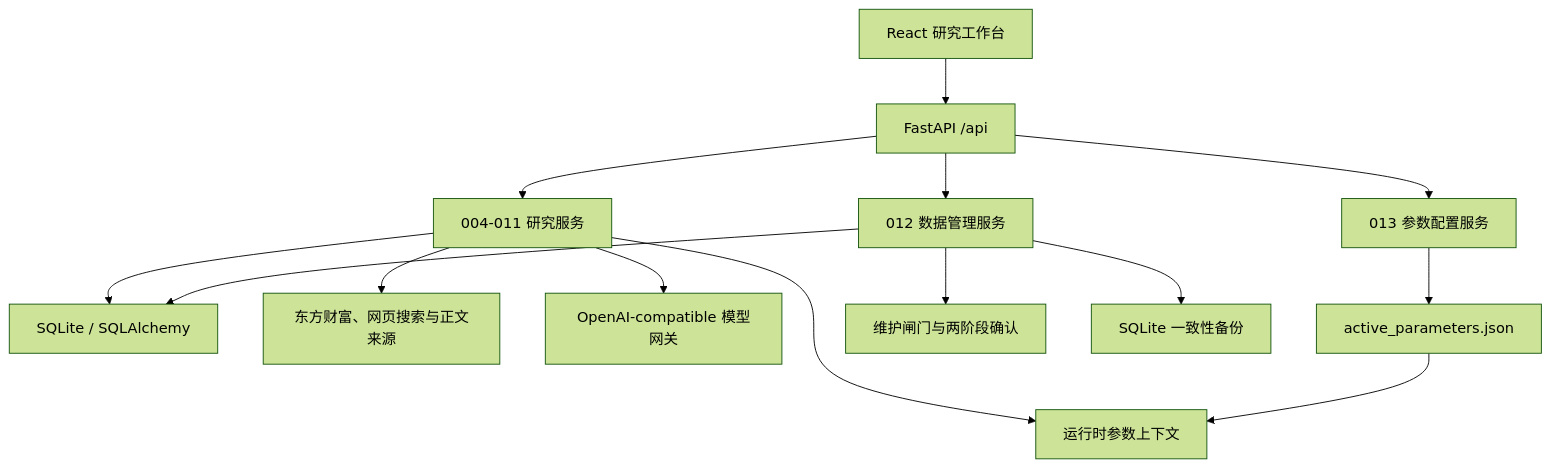
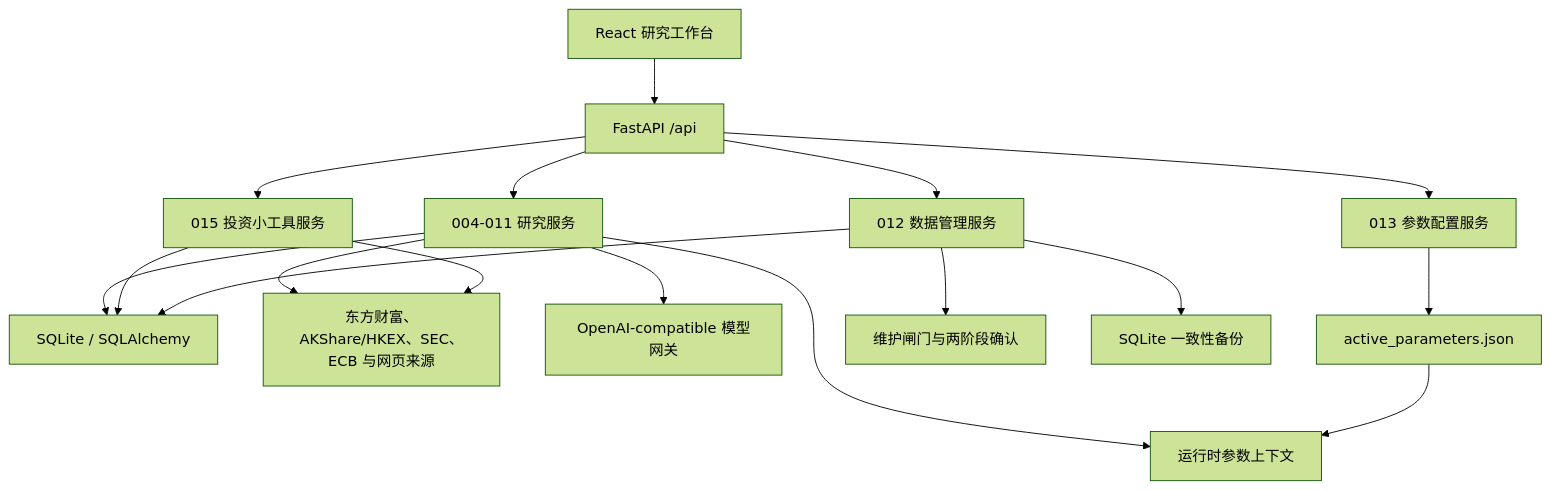
Before and after one commit to lzccc666/Value_Investment: the first of 2 diagrams in memory/001_价值投资分析师系统架构.md, drawn with Mermaid (forest theme). The commit also changed other lines of this file and 176 other files, not shown here.

````diff
--- a/memory/001_价值投资分析师系统架构.md
+++ b/memory/001_价值投资分析师系统架构.md
@@ -11,16 +11,19 @@
 ```mermaid
 flowchart TB
     UI["React 研究工作台"] --> API["FastAPI /api"]
     API --> Research["004-011 研究服务"]
+    API --> Tools["015 投资小工具服务"]
     API --> Config["013 参数配置服务"]
     API --> Ops["012 数据管理服务"]
     Research --> DB["SQLite / SQLAlchemy"]
-    Research --> Sources["东方财富、网页搜索与正文来源"]
+    Research --> Sources["东方财富、AKShare/HKEX、SEC、ECB 与网页来源"]
+    Tools --> DB
+    Tools --> Sources
     Research --> Model["OpenAI-compatible 模型网关"]
     Research --> Runtime["运行时参数上下文"]
     Config --> SourceConfig["active_parameters.json"]
     SourceConfig --> Runtime
     Ops --> Gate["维护闸门与两阶段确认"]
     Ops --> DB
     Ops --> Backup["SQLite 一致性备份"]
 ```
````
